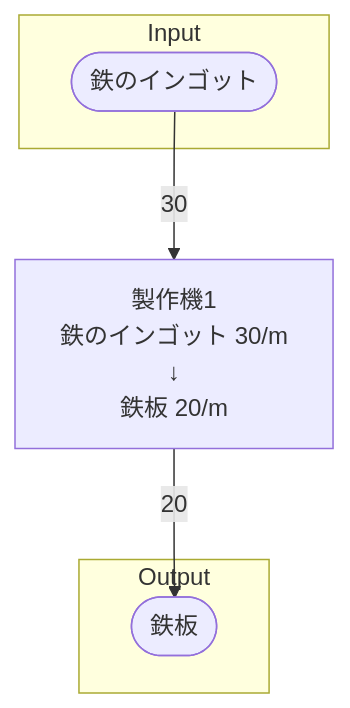
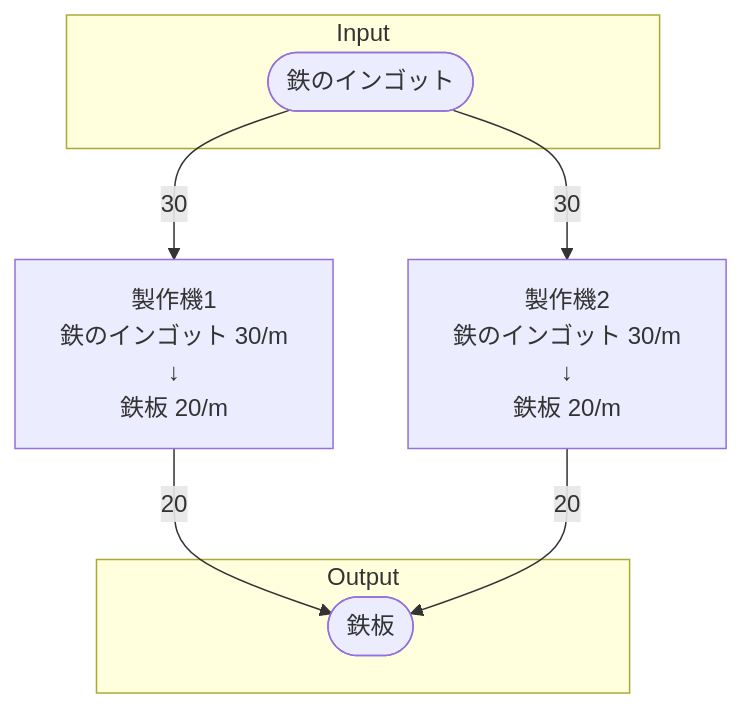
The diagram in 40_FactoryBuilding/初期一時鉄板工場/40_詳細設計/詳細設計_鉄板製造ライン.md (Suzuran-Amano/SatisfactoryTaskEfficiency), drawn with Mermaid before and after one commit. The commit also changed other lines of this file and 32 other files, not shown here.

````diff
--- a/40_FactoryBuilding/初期一時鉄板工場/40_詳細設計/詳細設計_鉄板製造ライン.md
+++ b/40_FactoryBuilding/初期一時鉄板工場/40_詳細設計/詳細設計_鉄板製造ライン.md
@@ -18,24 +18,32 @@
 ```mermaid
 flowchart TD
 
 subgraph Input
     鉄のインゴット([鉄のインゴット])
 end
 
 製作機1[
     製作機1
     鉄のインゴット 30/m
     ↓
     鉄板 20/m
 ]
+製作機2[
+    製作機2
+    鉄のインゴット 30/m
+    ↓
+    鉄板 20/m
+]
 
 subgraph Output
     鉄板([鉄板])
 end
 
 
 鉄のインゴット-->|30|製作機1
+鉄のインゴット-->|30|製作機2
 製作機1-->|20|鉄板
+製作機2-->|20|鉄板
 
 
 ```
````
